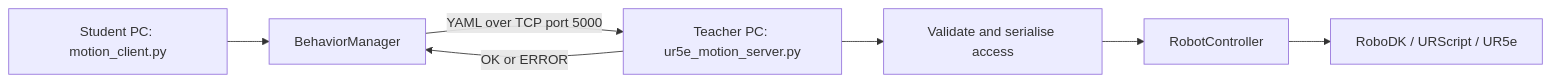
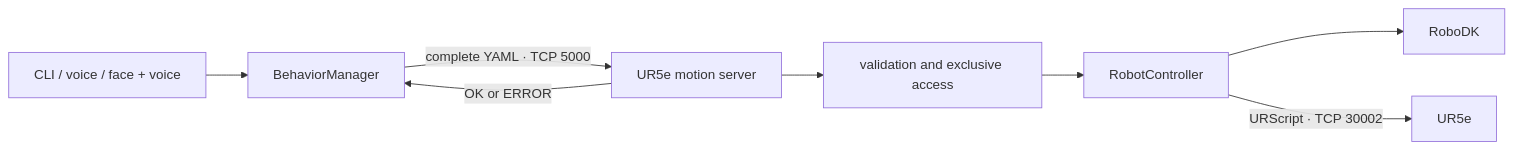
The first of 2 diagrams in Documentation/3_Python_Sockets_Architecture.md (ainacortesbenet/UR5e_social_robotics), drawn with Mermaid before and after one commit. The commit also changed other lines of this file and 10 other files, not shown here.

````diff
--- a/Documentation/3_Python_Sockets_Architecture.md
+++ b/Documentation/3_Python_Sockets_Architecture.md
@@ -19,9 +17,10 @@
 ```mermaid
 flowchart LR
-    A["Student PC: motion_client.py"] --> B["BehaviorManager"]
-    B -- "YAML over TCP port 5000" --> C["Teacher PC: ur5e_motion_server.py"]
-    C --> D["Validate and serialise access"]
-    D --> E["RobotController"]
-    E --> F["RoboDK / URScript / UR5e"]
-    C -- "OK or ERROR" --> B
+    U["CLI / voice / face + voice"] --> B["BehaviorManager"]
+    B -- "complete YAML · TCP 5000" --> S["UR5e motion server"]
+    S --> V["validation and exclusive access"]
+    V --> C["RobotController"]
+    C --> D["RoboDK"]
+    C -- "URScript · TCP 30002" --> R["UR5e"]
+    S -- "OK or ERROR" --> B
 ```
````
